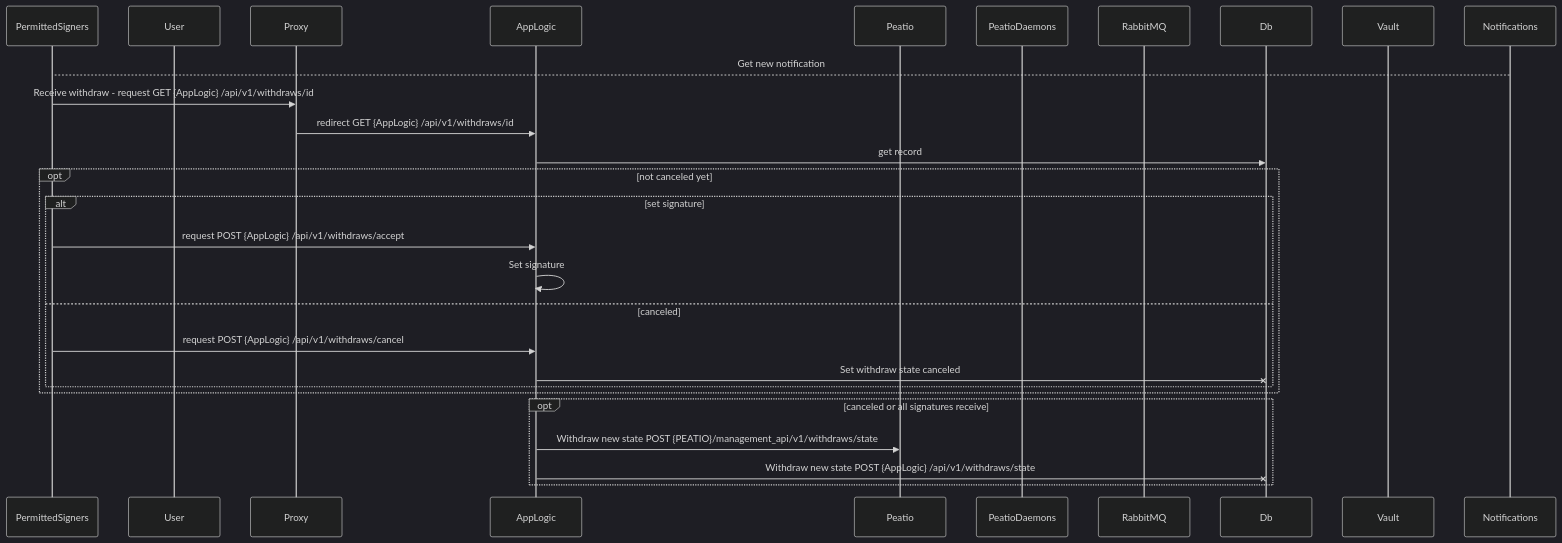
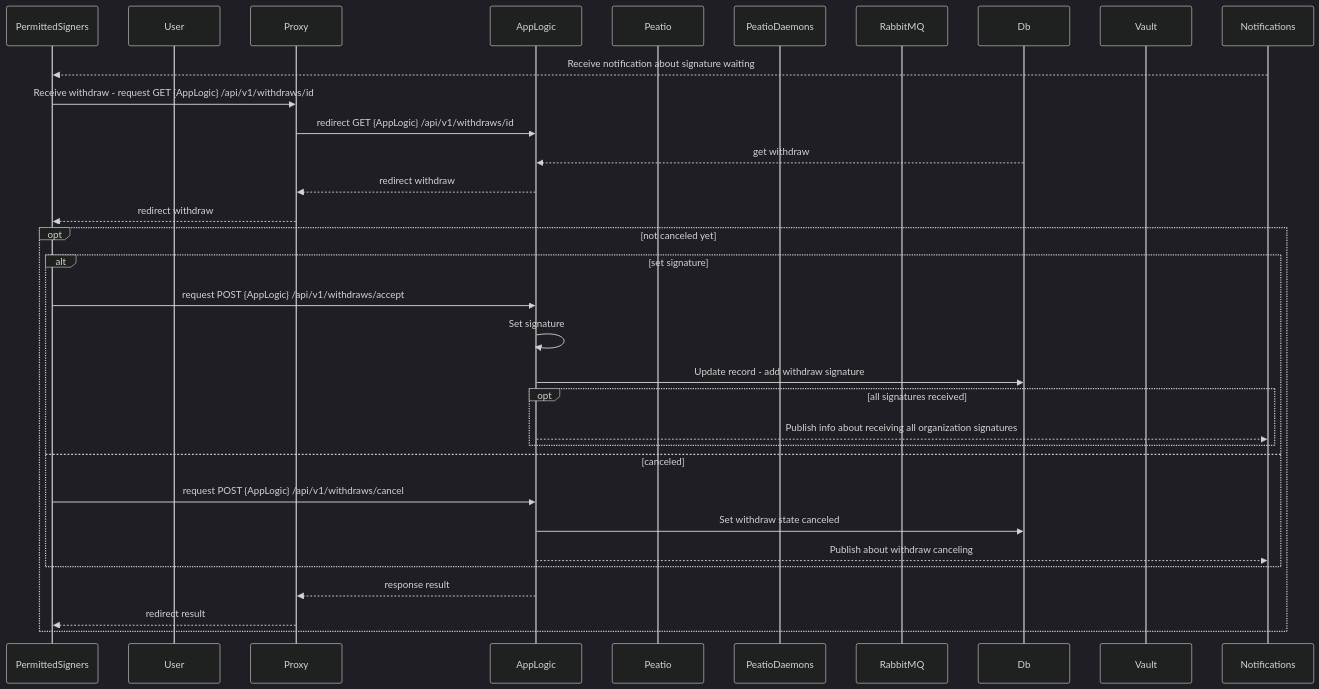
One commit to sergii-savchenko/rkcp_arch changed the second of 4 diagrams in content/4.011.withdraw.md. Above: the diagram before and after it, drawn with Mermaid (dark theme). The commit also changed other lines of this file, not shown here.

Commit message:
withdraw dfd need check

````diff
--- a/content/4.011.withdraw.md
+++ b/content/4.011.withdraw.md
@@ -41,36 +42,40 @@
 ```mermaid
 sequenceDiagram
     participant PermittedSigners
     participant User
     participant Proxy
     participant AppLogic
     participant Peatio
     participant PeatioDaemons
     participant RabbitMQ
     participant Db
     participant Vault
     participant Notifications
 
-    Notifications-->PermittedSigners: Get new notification
+    Notifications-->>PermittedSigners: Receive notification about signature waiting
 
     PermittedSigners->>Proxy: Receive withdraw - request GET {AppLogic} /api/v1/withdraws/id
     Proxy->>AppLogic: redirect GET {AppLogic} /api/v1/withdraws/id
 
-    AppLogic->>Db: get record
+    Db-->>AppLogic: get withdraw
+    AppLogic-->>Proxy: redirect withdraw
+    Proxy-->>PermittedSigners: redirect withdraw
 
     opt not canceled yet
         alt set signature
             PermittedSigners->>AppLogic: request POST {AppLogic} /api/v1/withdraws/accept
             AppLogic->>AppLogic: Set signature
+            AppLogic->>Db: Update record - add withdraw signature
+            opt all signatures received
+                AppLogic-->>Notifications: Publish info about receiving all organization signatures
+            end
         else canceled
             PermittedSigners->>AppLogic: request POST {AppLogic} /api/v1/withdraws/cancel
-            AppLogic-xDb: Set withdraw state canceled
+            AppLogic->>Db: Set withdraw state canceled
+            AppLogic-->>Notifications: Publish about withdraw canceling
         end
-    end
-
-    opt canceled or all signatures receive
-        AppLogic->>Peatio: Withdraw new state POST {PEATIO}/management_api/v1/withdraws/state
-        AppLogic-xDb: Withdraw new state POST {AppLogic} /api/v1/withdraws/state
+        AppLogic-->>Proxy: response result
+        Proxy-->>PermittedSigners: redirect result
     end
     
 ```
````
